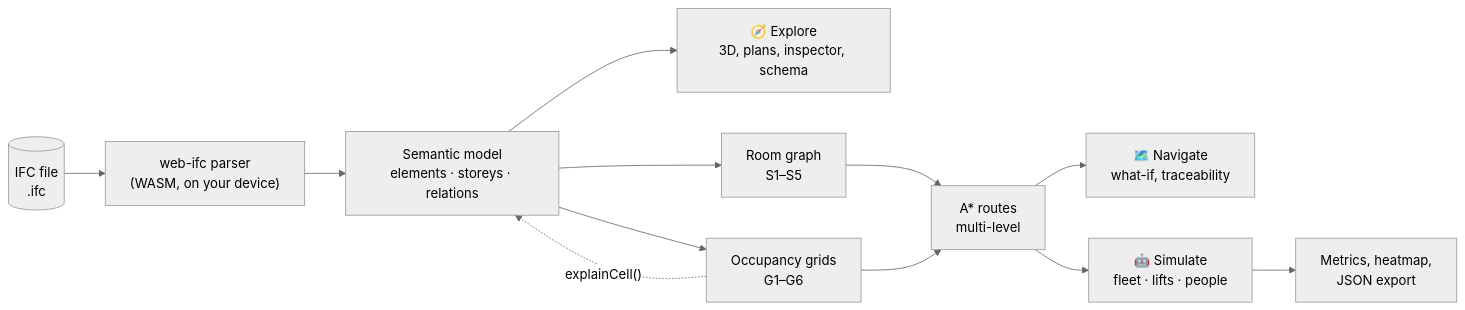
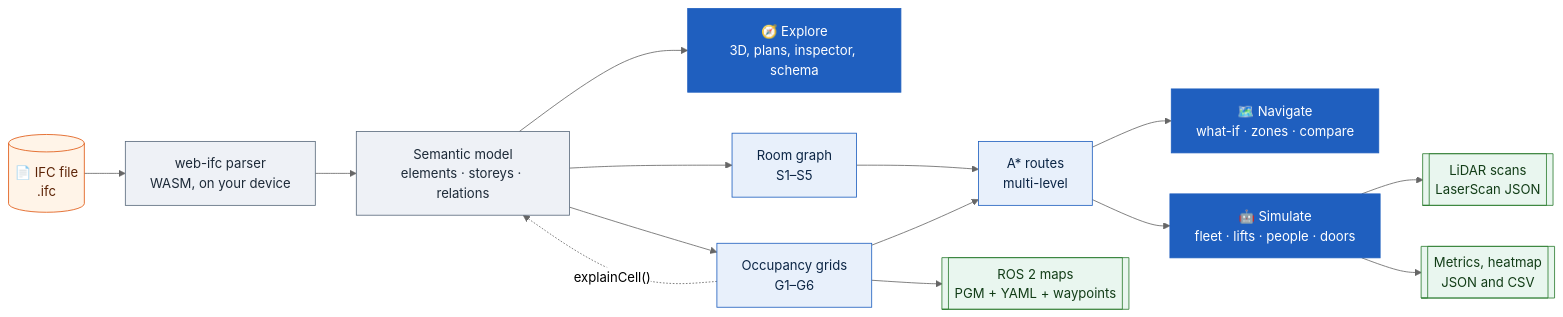
One commit to isaddiq/BIM2Bot-Lab changed the first of 4 diagrams in README.md. Above: the diagram before and after it, drawn with Mermaid (neutral theme). The commit also changed other lines of this file and 5 other files, not shown here.

````diff
--- a/README.md
+++ b/README.md
@@ -72,14 +122,22 @@
 ```mermaid
 flowchart LR
-    IFC[("IFC file<br/>.ifc")] --> P["web-ifc parser<br/>(WASM, on your device)"]
-    P --> M["Semantic model<br/>elements · storeys · relations"]
-    M --> V1["🧭 Explore<br/>3D, plans, inspector, schema"]
-    M --> RG["Room graph<br/>S1–S5"]
-    M --> OG["Occupancy grids<br/>G1–G6"]
-    RG --> R["A* routes<br/>multi-level"]
+    IFC[("📄 IFC file<br/>.ifc")]:::input --> P["web-ifc parser<br/>WASM, on your device"]:::parse
+    P --> M["Semantic model<br/>elements · storeys · relations"]:::parse
+    M --> V1["🧭 Explore<br/>3D, plans, inspector, schema"]:::ws
+    M --> RG["Room graph<br/>S1–S5"]:::nav
+    M --> OG["Occupancy grids<br/>G1–G6"]:::nav
+    RG --> R["A* routes<br/>multi-level"]:::nav
     OG --> R
-    R --> V2["🗺️ Navigate<br/>what-if, traceability"]
-    R --> S["🤖 Simulate<br/>fleet · lifts · people"]
-    S --> O["Metrics, heatmap,<br/>JSON export"]
+    R --> V2["🗺️ Navigate<br/>what-if · zones · compare"]:::ws
+    R --> S["🤖 Simulate<br/>fleet · lifts · people · doors"]:::ws
+    OG --> ROS[["ROS 2 maps<br/>PGM + YAML + waypoints"]]:::out
+    S --> L[["LiDAR scans<br/>LaserScan JSON"]]:::out
+    S --> O[["Metrics, heatmap<br/>JSON and CSV"]]:::out
     OG -. "explainCell()" .-> M
+
+    classDef input fill:#fff4e8,stroke:#e0560f,color:#5c2306
+    classDef parse fill:#eef1f6,stroke:#5b6b7d,color:#1d2a38
+    classDef nav fill:#e8f0fb,stroke:#1f5fbf,color:#0b2545
+    classDef ws fill:#1f5fbf,stroke:#1f5fbf,color:#ffffff
+    classDef out fill:#e9f6ef,stroke:#2e7d32,color:#123d17
 ```
````
